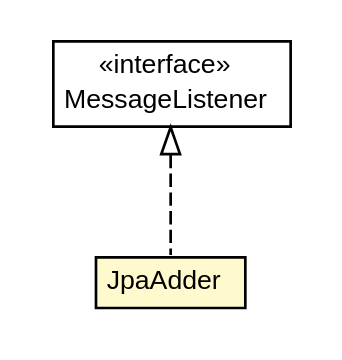
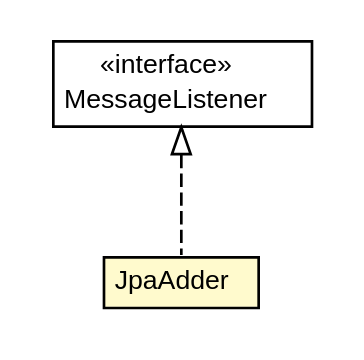
Before and after one commit to trajano/app: the diagram in app-web/apidocs/net/trajano/app/JpaAdder.dot, drawn with Graphviz. The commit also changed 209 other files, not shown here.

```diff
--- a/app-web/apidocs/net/trajano/app/JpaAdder.dot
+++ b/app-web/apidocs/net/trajano/app/JpaAdder.dot
@@ -1,27 +1,27 @@
 #!/usr/local/bin/dot
 #
 # Class diagram 
 # Generated by UMLGraph version R5_6-24-gf6e263 (http://www.umlgraph.org/)
 #
 
 digraph G {
-	edge [fontname="arial",fontsize=10,labelfontname="arial",labelfontsize=10];
-	node [fontname="arial",fontsize=10,shape=plaintext];
+	edge [fontname="Helvetica",fontsize=10,labelfontname="Helvetica",labelfontsize=10];
+	node [fontname="Helvetica",fontsize=10,shape=plaintext];
 	nodesep=0.25;
 	ranksep=0.5;
 	// net.trajano.app.JpaAdder
-	c250 [label=<<table title="net.trajano.app.JpaAdder" border="0" cellborder="1" cellspacing="0" cellpadding="2" port="p" bgcolor="lemonChiffon" href="./JpaAdder.html">
+	c261 [label=<<table title="net.trajano.app.JpaAdder" border="0" cellborder="1" cellspacing="0" cellpadding="2" port="p" bgcolor="lemonChiffon" href="./JpaAdder.html">
 		<tr><td><table border="0" cellspacing="0" cellpadding="1">
 <tr><td align="center" balign="center"> JpaAdder </td></tr>
 		</table></td></tr>
-		</table>>, URL="./JpaAdder.html", fontname="arial", fontcolor="black", fontsize=10.0];
+		</table>>, URL="./JpaAdder.html", fontname="Helvetica", fontcolor="black", fontsize=10.0];
 	//net.trajano.app.JpaAdder implements javax.jms.MessageListener
-	c263:p -> c250:p [dir=back,arrowtail=empty,style=dashed];
+	c277:p -> c261:p [dir=back,arrowtail=empty,style=dashed];
 	// javax.jms.MessageListener
-	c263 [label=<<table title="javax.jms.MessageListener" border="0" cellborder="1" cellspacing="0" cellpadding="2" port="p" href="http://java.sun.com/j2se/1.4.2/docs/api/javax/jms/MessageListener.html">
+	c277 [label=<<table title="javax.jms.MessageListener" border="0" cellborder="1" cellspacing="0" cellpadding="2" port="p" href="http://java.sun.com/j2se/1.4.2/docs/api/javax/jms/MessageListener.html">
 		<tr><td><table border="0" cellspacing="0" cellpadding="1">
 <tr><td align="center" balign="center"> &#171;interface&#187; </td></tr>
 <tr><td align="center" balign="center"> MessageListener </td></tr>
 		</table></td></tr>
-		</table>>, URL="http://java.sun.com/j2se/1.4.2/docs/api/javax/jms/MessageListener.html", fontname="arial", fontcolor="black", fontsize=10.0];
+		</table>>, URL="http://java.sun.com/j2se/1.4.2/docs/api/javax/jms/MessageListener.html", fontname="Helvetica", fontcolor="black", fontsize=10.0];
 }
```
